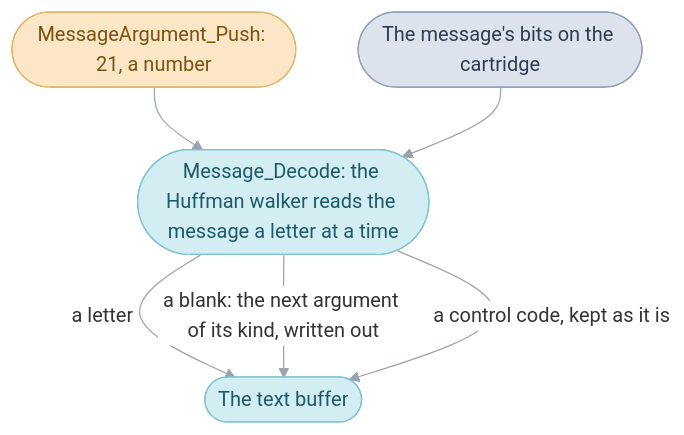
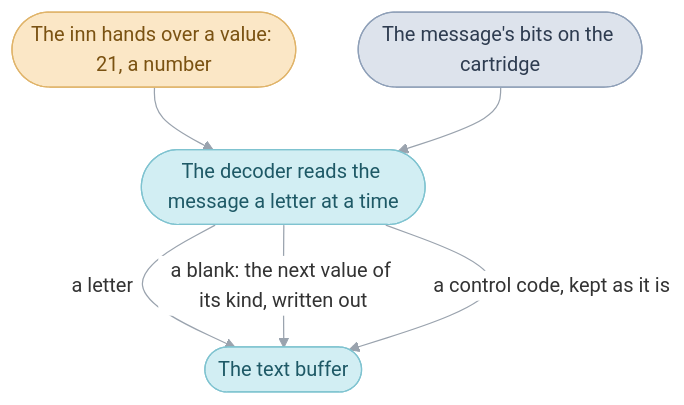
The third of 5 diagrams in games/tbs/src/window/README.md (PascalPixel/alchemy), drawn with Mermaid before and after one commit. The commit also changed other lines of this file and 21 other files, not shown here.

````diff
--- a/games/tbs/src/window/README.md
+++ b/games/tbs/src/window/README.md
@@ -201,15 +171,15 @@
 ```mermaid
 %%{init: {"theme": "base", "themeVariables": {"lineColor": "#9AA3AE", "edgeLabelBackground": "#FFFFFF"}, "flowchart": {"curve": "basis", "padding": 12}}}%%
 flowchart TD
-  args(["MessageArgument_Push: 21, a number"]) --> decode(["Message_Decode: the Huffman walker reads the message a letter at a time"])
+  args(["The inn hands over a value: 21, a number"]) --> decode(["The decoder reads the message a letter at a time"])
   stored(["The message's bits on the cartridge"]) --> decode
   decode -- "a letter" --> ring(["The text buffer"])
-  decode -- "a blank: the next argument of its kind, written out" --> ring
+  decode -- "a blank: the next value of its kind, written out" --> ring
   decode -- "a control code, kept as it is" --> ring
   classDef cart fill:#DDE3EC,stroke:#8FA0B8,color:#2E3C50
   classDef work fill:#D2EEF3,stroke:#7FC3D0,color:#1E5966
   classDef code fill:#FBE7C6,stroke:#E0B46A,color:#7A5212
   class stored cart
   class decode,ring work
   class args code
 ```
````
